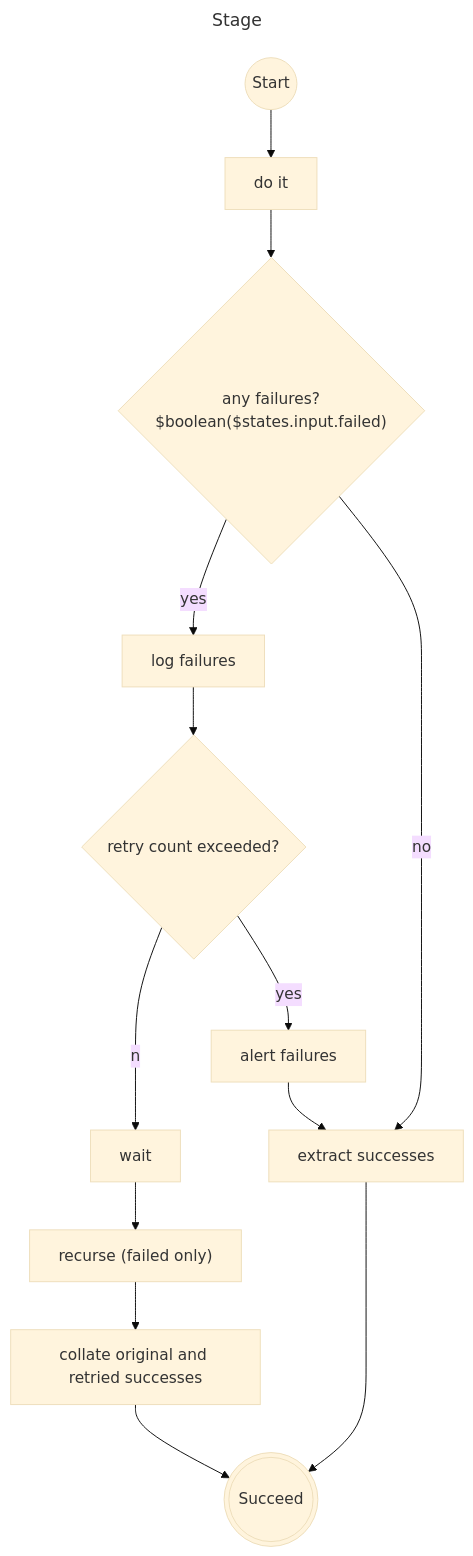
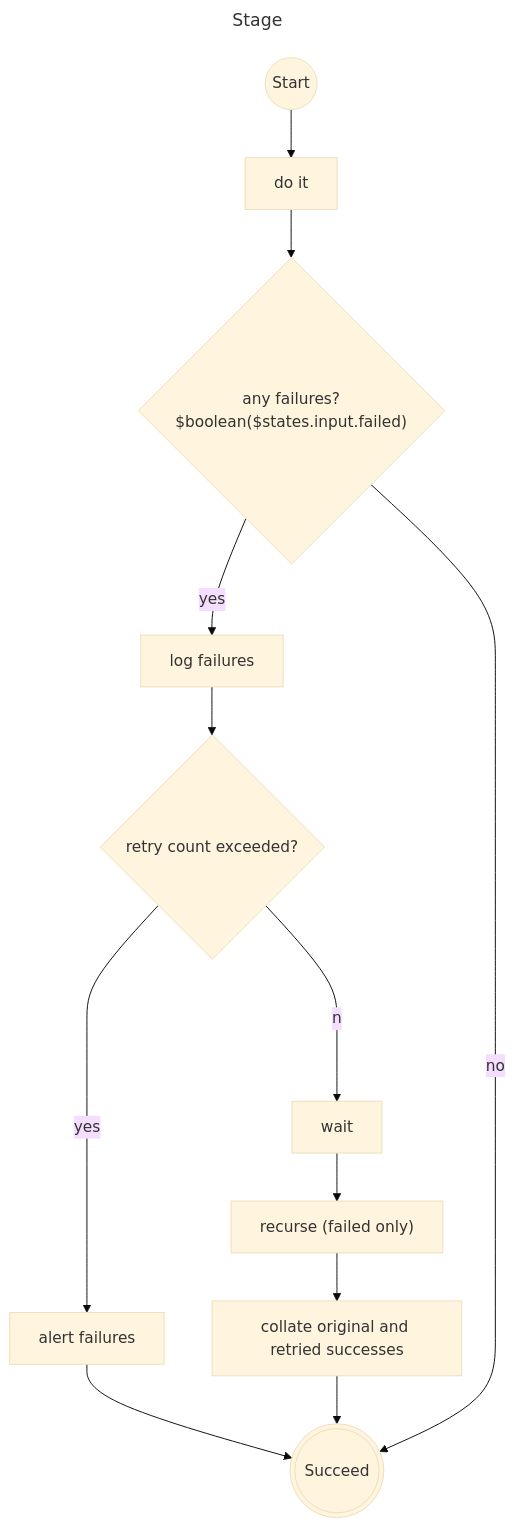
The second of 2 diagrams in rfcs/079-pipeline-failures/README.md (wellcomecollection/docs), drawn with Mermaid (base theme) before and after one commit. The commit also changed other lines of this file, not shown here.

````diff
--- a/rfcs/079-pipeline-failures/README.md
+++ b/rfcs/079-pipeline-failures/README.md
@@ -232,17 +244,16 @@
 ```mermaid
 ---
 title: Stage
 ---
 flowchart TD
 Start((Start)) --> main["do it"] --> failures{"any failures?
 $boolean($states.input.failed)"}
 failures -- yes --> report_failures1["log failures"]
-retryq -- yes -->  alert["alert failures"] --> prep_output["extract successes"]
-failures -- no --> prep_output
+retryq -- yes -->  alert["alert failures"] --> End
+failures -- no --> End
 report_failures1 --> retryq{"retry count exceeded?"}
 retryq -- no--> wait["wait"]
 wait --> retry["recurse (failed only)"] --> collate["collate original and retried successes"]
 collate --> End
-prep_output --> End
 End(((Succeed)))
 ```
````
